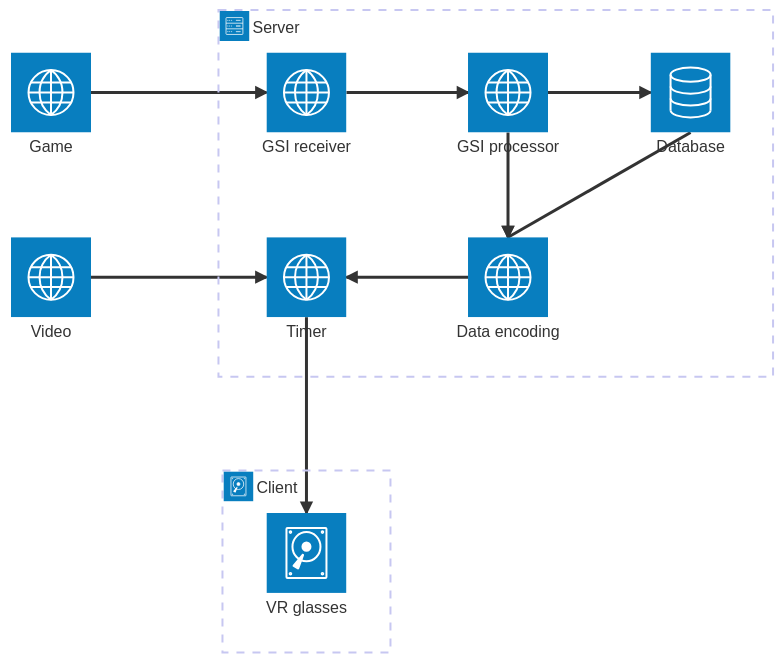
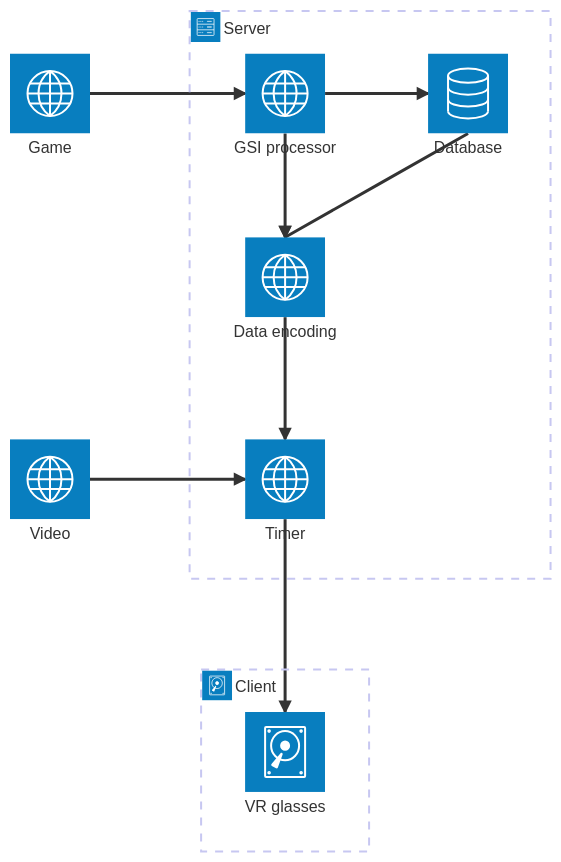
The diagram in docs/architecture.md (NikiPOU/elisaohtuprojekti), drawn with Mermaid before and after one commit. The commit also changed other lines of this file, not shown here.

````diff
--- a/docs/architecture.md
+++ b/docs/architecture.md
@@ -3,25 +4,23 @@
 ```mermaid
 architecture-beta
   group server(server)[Server]
   group client(disk)[Client]
 
   service db(database)[Database] in server
-  service gsi_receiver(internet)[GSI receiver] in server
   service gsi_processor(internet)[GSI processor] in server
   service encoding(internet)[Data encoding] in server
   service timer(internet)[Timer] in server
   service glasses(disk)[VR glasses] in client
 
   service game(internet)[Game]
   service video(internet)[Video]
 
-  game:R --> L:gsi_receiver
-  gsi_receiver:R --> L:gsi_processor
+  game:R --> L:gsi_processor
   gsi_processor:R --> L:db
   gsi_processor:B --> T:encoding
   db:B --> T:encoding
-  encoding:L --> R:timer
+  encoding:B --> T:timer
   video:R --> L:timer
   timer:B --> T:glasses
   
 ```
````
